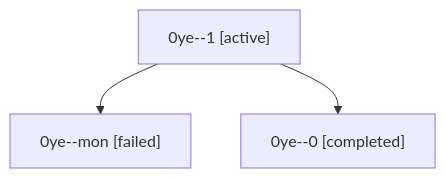
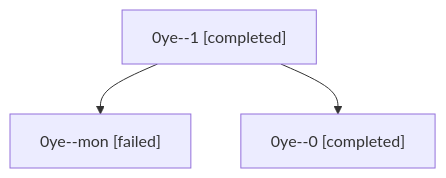
One commit to bobs-org/bob-cli--agents changed the diagram in sessions/bbugyi200.athena.0ye.md. Above: the diagram before and after it, drawn with Mermaid. The commit also changed other lines of this file and 25 other files, not shown here.

````diff
--- a/sessions/bbugyi200.athena.0ye.md
+++ b/sessions/bbugyi200.athena.0ye.md
@@ -9,8 +9,8 @@
 ```mermaid
 flowchart TD
-  n0["0ye--1 [active]"]
+  n0["0ye--1 [completed]"]
   n1["0ye--mon [failed]"]
   n0 --> n1
   n2["0ye--0 [completed]"]
   n0 --> n2
 ```
````
